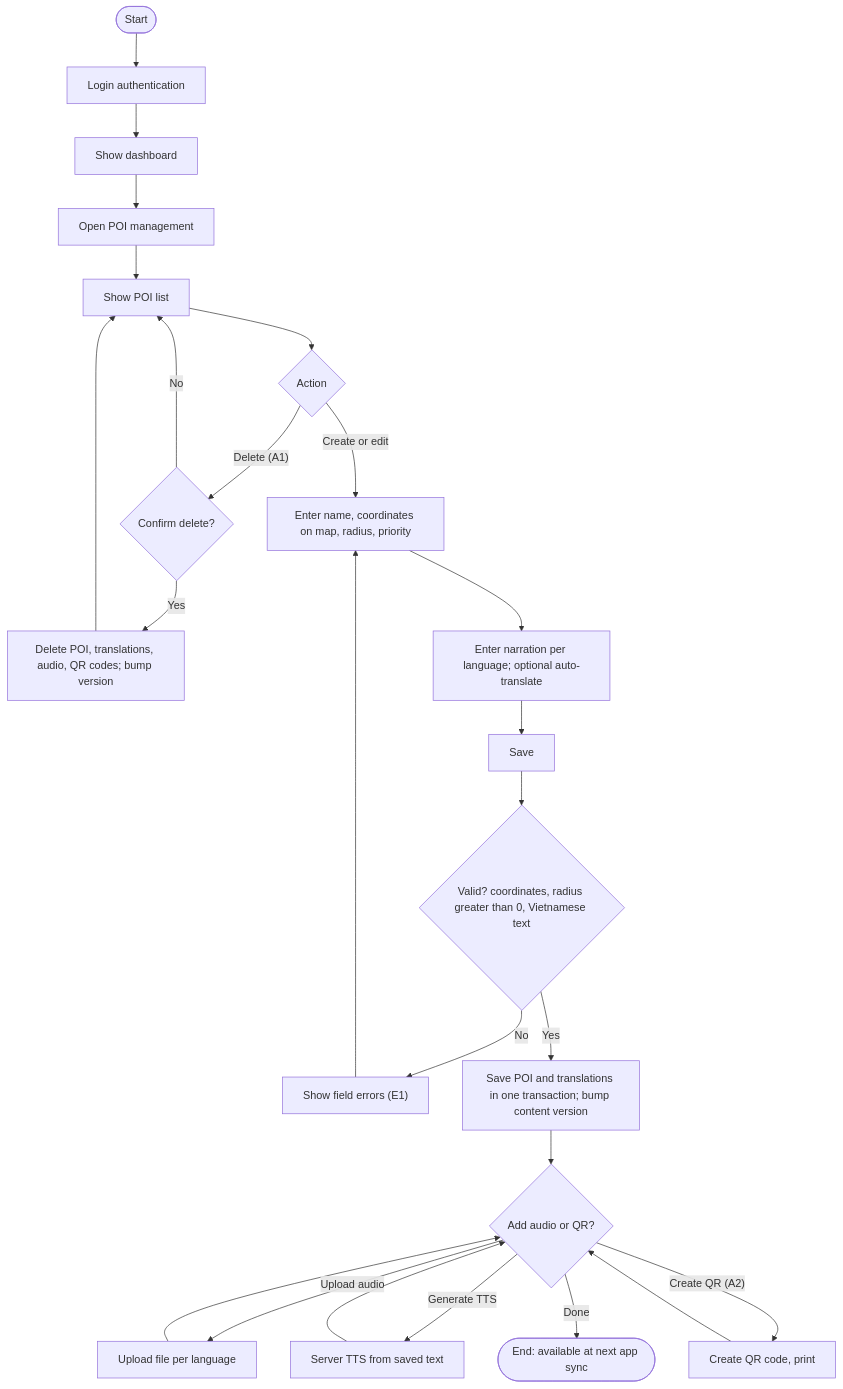
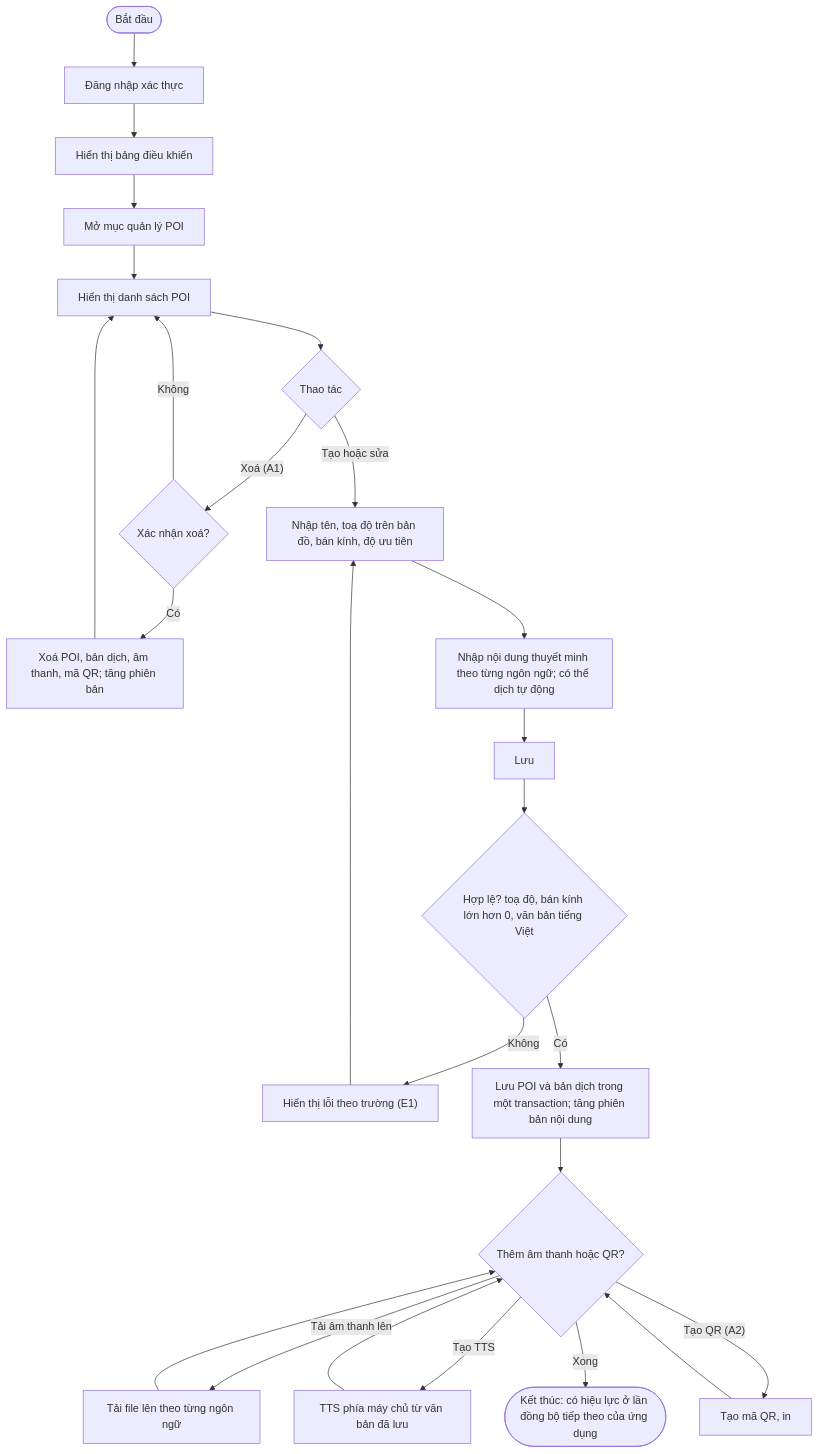
The eighth of 19 diagrams in docs/02-design.md (AiraLeFatale/CongNghePhanMem_Project), drawn with Mermaid before and after one commit. The commit also changed other lines of this file and 11 other files, not shown here.

First line of the commit message:
Chuyển toàn bộ tài liệu sang tiếng Việt

````diff
--- a/docs/02-design.md
+++ b/docs/02-design.md
@@ -406,20 +406,20 @@
 ```mermaid
 flowchart TD
-    S(["Start"]) --> LG["Login authentication"]
-    LG --> DB["Show dashboard"] --> SEL["Open POI management"] --> LST["Show POI list"]
-    LST --> ACT{"Action"}
-    ACT -- "Delete (A1)" --> CF{"Confirm delete?"}
-    CF -- "No" --> LST
-    CF -- "Yes" --> DEL["Delete POI, translations, audio, QR codes; bump version"] --> LST
-    ACT -- "Create or edit" --> F["Enter name, coordinates on map, radius, priority"]
-    F --> T["Enter narration per language; optional auto-translate"]
-    T --> SAVE["Save"]
-    SAVE --> VAL{"Valid? coordinates, radius greater than 0, Vietnamese text"}
-    VAL -- "No" --> ERR["Show field errors (E1)"] --> F
-    VAL -- "Yes" --> STORE["Save POI and translations in one transaction; bump content version"]
-    STORE --> OPT{"Add audio or QR?"}
-    OPT -- "Upload audio" --> UP["Upload file per language"] --> OPT
-    OPT -- "Generate TTS" --> TTS["Server TTS from saved text"] --> OPT
-    OPT -- "Create QR (A2)" --> QR["Create QR code, print"] --> OPT
-    OPT -- "Done" --> E(["End: available at next app sync"])
+    S(["Bắt đầu"]) --> LG["Đăng nhập xác thực"]
+    LG --> DB["Hiển thị bảng điều khiển"] --> SEL["Mở mục quản lý POI"] --> LST["Hiển thị danh sách POI"]
+    LST --> ACT{"Thao tác"}
+    ACT -- "Xoá (A1)" --> CF{"Xác nhận xoá?"}
+    CF -- "Không" --> LST
+    CF -- "Có" --> DEL["Xoá POI, bản dịch, âm thanh, mã QR; tăng phiên bản"] --> LST
+    ACT -- "Tạo hoặc sửa" --> F["Nhập tên, toạ độ trên bản đồ, bán kính, độ ưu tiên"]
+    F --> T["Nhập nội dung thuyết minh theo từng ngôn ngữ; có thể dịch tự động"]
+    T --> SAVE["Lưu"]
+    SAVE --> VAL{"Hợp lệ? toạ độ, bán kính lớn hơn 0, văn bản tiếng Việt"}
+    VAL -- "Không" --> ERR["Hiển thị lỗi theo trường (E1)"] --> F
+    VAL -- "Có" --> STORE["Lưu POI và bản dịch trong một transaction; tăng phiên bản nội dung"]
+    STORE --> OPT{"Thêm âm thanh hoặc QR?"}
+    OPT -- "Tải âm thanh lên" --> UP["Tải file lên theo từng ngôn ngữ"] --> OPT
+    OPT -- "Tạo TTS" --> TTS["TTS phía máy chủ từ văn bản đã lưu"] --> OPT
+    OPT -- "Tạo QR (A2)" --> QR["Tạo mã QR, in"] --> OPT
+    OPT -- "Xong" --> E(["Kết thúc: có hiệu lực ở lần đồng bộ tiếp theo của ứng dụng"])
 ```
````
